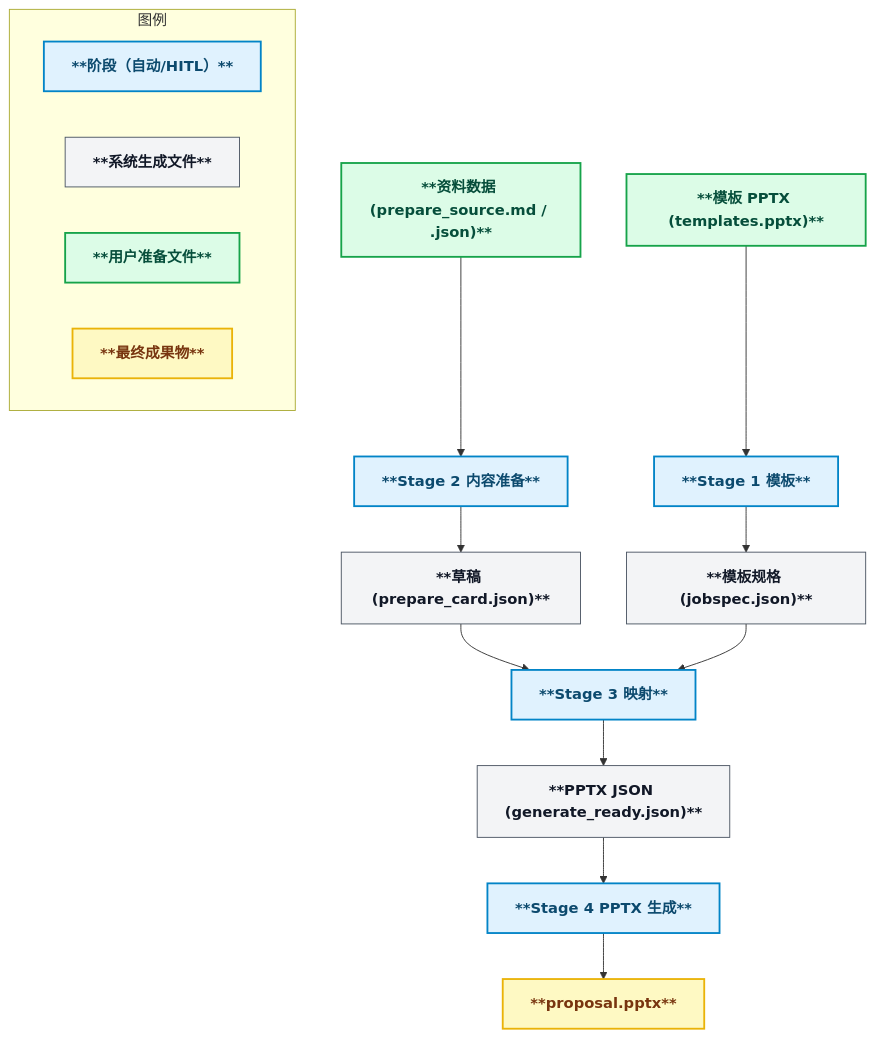
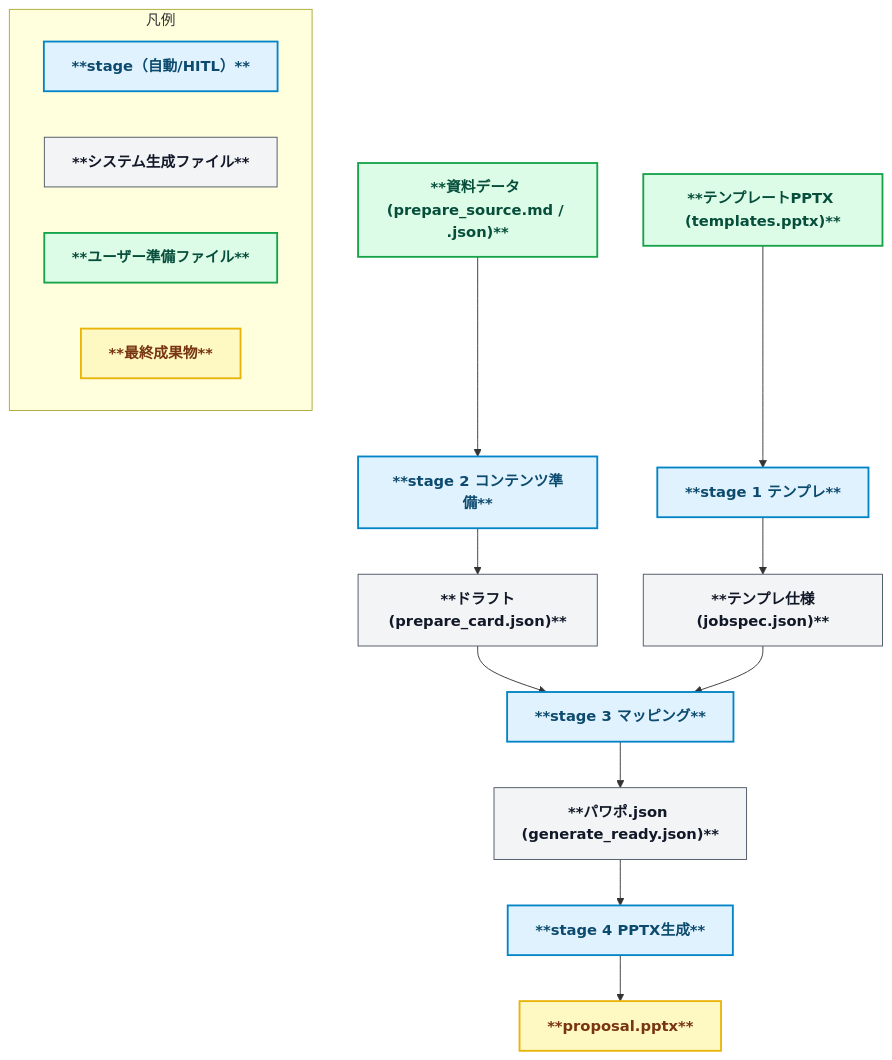
Before and after one commit to yurake/pptx_generator: the first of 2 diagrams in README.zh.md, drawn with Mermaid. The commit also changed other lines of this file and 13 other files, not shown here.

````diff
--- a/README.zh.md
+++ b/README.zh.md
@@ -55,35 +55,35 @@
 ```mermaid
 flowchart TD
   %% ======= Styles =======
   classDef stage fill:#e0f2fe,stroke:#0284c7,stroke-width:2px,color:#0c4a6e,font-weight:bold;
   classDef file fill:#f3f4f6,stroke:#4b5563,stroke-width:1px,color:#111827,font-weight:bold;
   classDef userfile fill:#dcfce7,stroke:#16a34a,stroke-width:2px,color:#064e3b,font-weight:bold;
   classDef final fill:#fef9c3,stroke:#eab308,stroke-width:2px,color:#78350f,font-weight:bold;
 
   %% ======= Stage 1 =======
-  Tmpl["**模板 PPTX (templates.pptx)**"]:::userfile --> S1["**Stage 1 模板**"]:::stage
-  S1 --> Jobspec["**模板规格 (jobspec.json)**"]:::file
+  Tmpl["**テンプレートPPTX (templates.pptx)**"]:::userfile --> S1["**stage 1 テンプレ**"]:::stage
+  S1 --> Jobspec["**テンプレ仕様(jobspec.json)**"]:::file
 
   %% ======= Stage 2 =======
-  Prepare["**资料数据 (prepare_source.md / .json)**"]:::userfile --> S2["**Stage 2 内容准备**"]:::stage
-  S2 --> PrepareCards["**草稿 (prepare_card.json)**"]:::file
+  Prepare["**資料データ (prepare_source.md / .json)**"]:::userfile --> S2["**stage 2 コンテンツ準備**"]:::stage
+  S2 --> PrepareCards["**ドラフト(prepare_card.json)**"]:::file
   PrepareCards --> S3
 
   %% ======= Stage 3 =======
-  S3["**Stage 3 映射**"]:::stage
+  S3["**stage 3 マッピング**"]:::stage
   Jobspec --> S3
-  S3 --> Ready["**PPTX JSON (generate_ready.json)**"]:::file
+  S3 --> Ready["**パワポ.json (generate_ready.json)**"]:::file
 
   %% ======= Stage 4 =======
-  Ready --> S4["**Stage 4 PPTX 生成**"]:::stage
+  Ready --> S4["**stage 4 PPTX生成**"]:::stage
   S4 --> PPTX["**proposal.pptx**"]:::final
 
   %% ======= Legend =======
-  subgraph Legend[图例]
+  subgraph Legend[凡例]
     direction LR
-    A1["**阶段（自动/HITL）**"]:::stage
-    A2["**系统生成文件**"]:::file
-    A3["**用户准备文件**"]:::userfile
-    A4["**最终成果物**"]:::final
+    A1["**stage（自動/HITL）**"]:::stage
+    A2["**システム生成ファイル**"]:::file
+    A3["**ユーザー準備ファイル**"]:::userfile
+    A4["**最終成果物**"]:::final
   end
 ```
````
